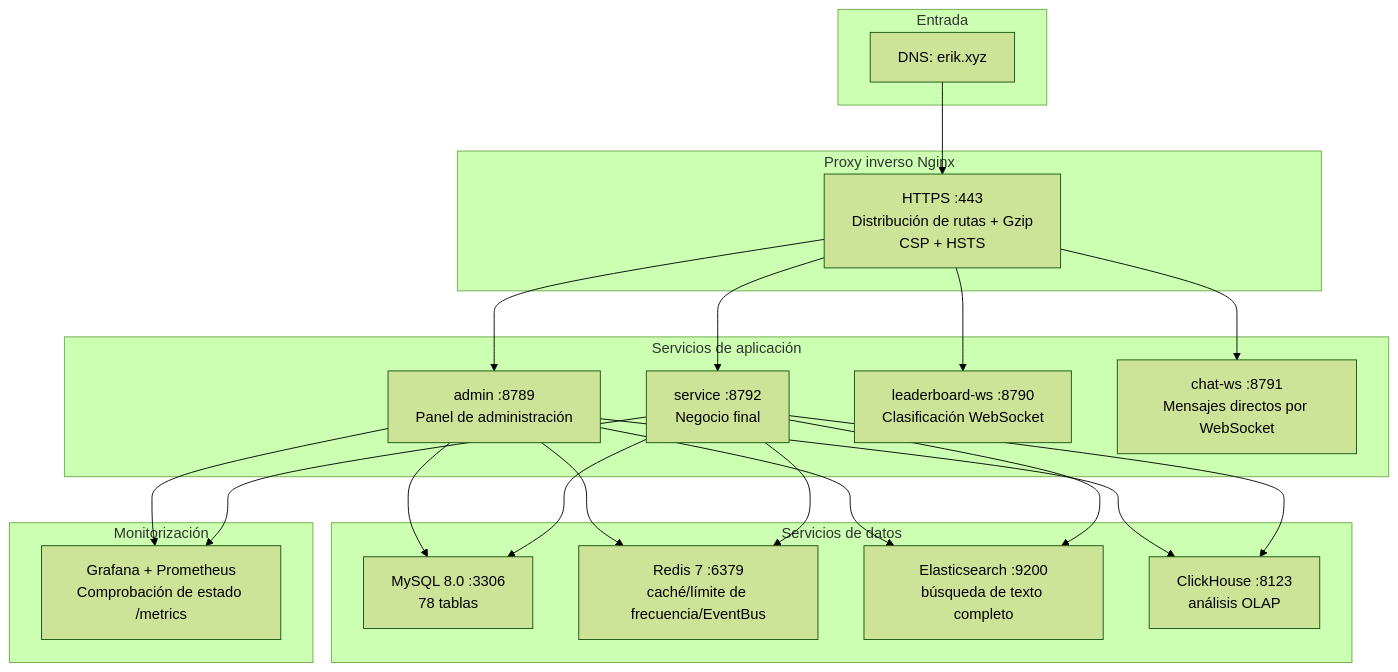
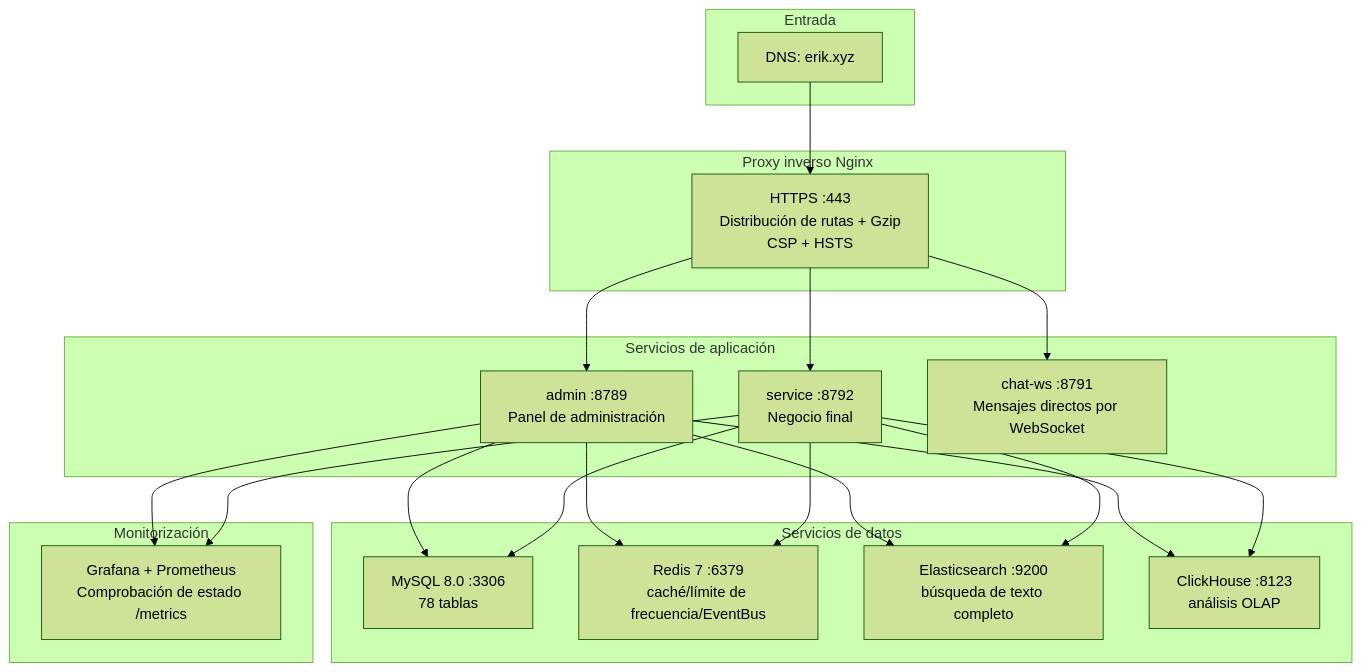
The diagram in admin/docs/diagrams/12-deployment.es.md (erikwang2013/game-platform-php), drawn with Mermaid (forest theme) before and after one commit. The commit also changed 710 other files, not shown here.

````diff
--- a/admin/docs/diagrams/12-deployment.es.md
+++ b/admin/docs/diagrams/12-deployment.es.md
@@ -7,33 +7,32 @@
 ```mermaid
 flowchart TB
     subgraph "Entrada"
         DNS["DNS: erik.xyz"]
     end
 
     subgraph "Proxy inverso Nginx"
         NGX["HTTPS :443<br/>Distribución de rutas + Gzip<br/>CSP + HSTS"]
     end
 
     subgraph "Servicios de aplicación"
         ADM["admin :8789<br/>Panel de administración"]
         SVC["service :8792<br/>Negocio final"]
-        LB["leaderboard-ws :8790<br/>Clasificación WebSocket"]
         CHAT["chat-ws :8791<br/>Mensajes directos por WebSocket"]
     end
 
     subgraph "Servicios de datos"
         MYSQL["MySQL 8.0 :3306<br/>78 tablas"]
         REDIS["Redis 7 :6379<br/>caché/límite de frecuencia/EventBus"]
         ES["Elasticsearch :9200<br/>búsqueda de texto completo"]
         CH["ClickHouse :8123<br/>análisis OLAP"]
     end
 
     subgraph "Monitorización"
         MON["Grafana + Prometheus<br/>Comprobación de estado /metrics"]
     end
 
     DNS --> NGX
-    NGX --> ADM & SVC & LB & CHAT
+    NGX --> ADM & SVC & CHAT
     ADM & SVC --> MYSQL & REDIS & ES & CH
     ADM & SVC --> MON
 ```
````
